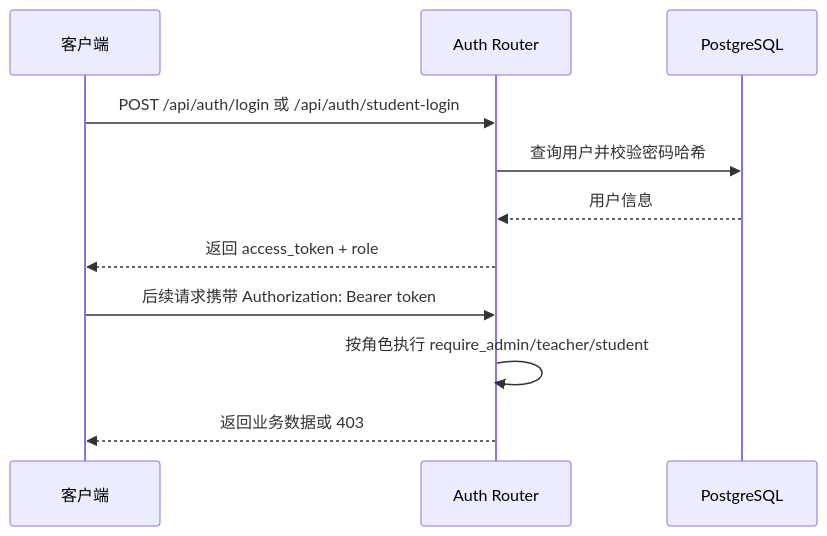
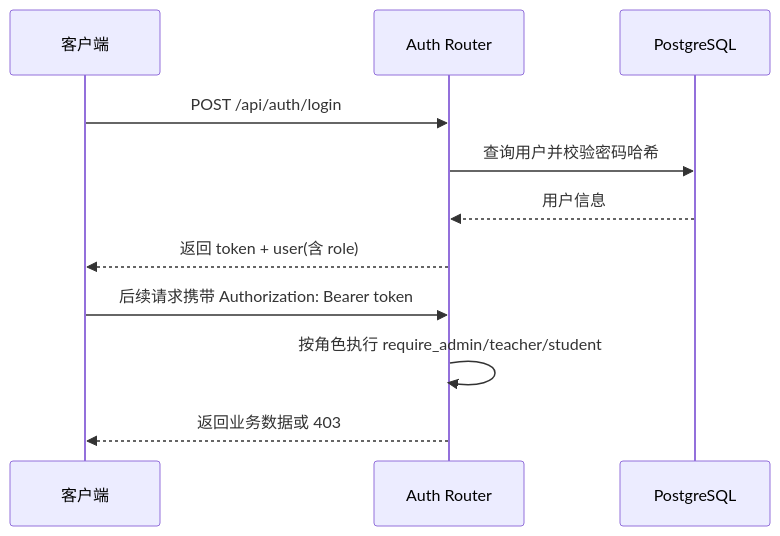
One commit to WuAnTheShy/SITP-German-AI-Agent changed the second of 7 diagrams in doc/Technical/系统流程与架构.md. Above: the diagram before and after it, drawn with Mermaid. The commit also changed other lines of this file and 6 other files, not shown here.

````diff
--- a/doc/Technical/系统流程与架构.md
+++ b/doc/Technical/系统流程与架构.md
@@ -43,14 +43,14 @@
 ```mermaid
 sequenceDiagram
     participant C as 客户端
     participant A as Auth Router
     participant D as PostgreSQL
 
-    C->>A: POST /api/auth/login 或 /api/auth/student-login
+    C->>A: POST /api/auth/login
     A->>D: 查询用户并校验密码哈希
     D-->>A: 用户信息
-    A-->>C: 返回 access_token + role
+    A-->>C: 返回 token + user(含 role)
     C->>A: 后续请求携带 Authorization: Bearer token
     A->>A: 按角色执行 require_admin/teacher/student
     A-->>C: 返回业务数据或 403
 ```
````
